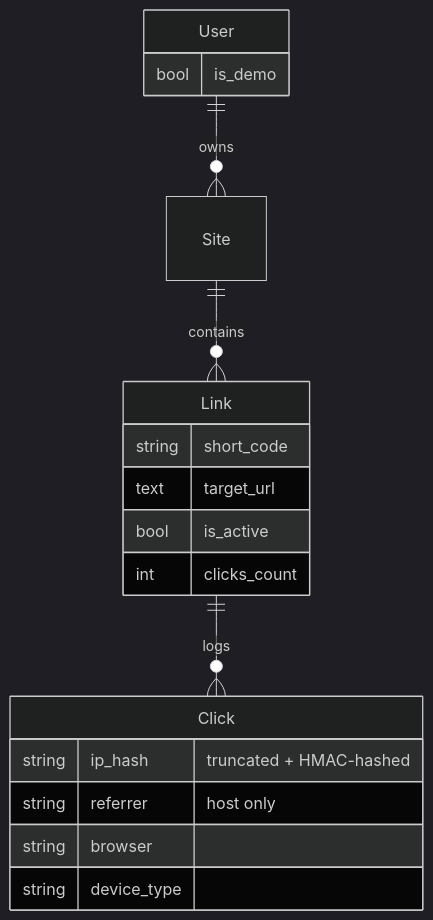
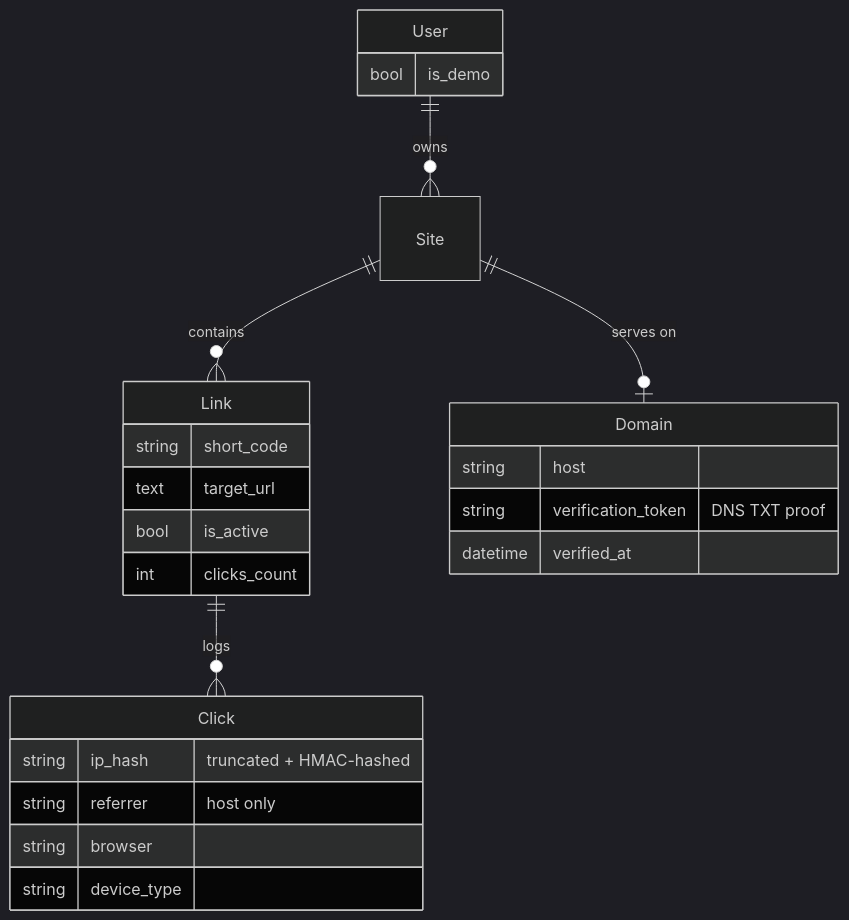
One commit to Aberfort/goto-admin-panel changed the first of 2 diagrams in README.md. Above: the diagram before and after it, drawn with Mermaid (dark theme). The commit also changed other lines of this file and 23 other files, not shown here.

First line of the commit message:
Add custom domains with DNS TXT verification

````diff
--- a/README.md
+++ b/README.md
@@ -26,22 +27,28 @@
 ```mermaid
 erDiagram
     User ||--o{ Site : owns
     Site ||--o{ Link : contains
+    Site ||--o| Domain : "serves on"
     Link ||--o{ Click : logs
 
     User {
         bool is_demo
+    }
+    Domain {
+        string host
+        string verification_token "DNS TXT proof"
+        datetime verified_at
     }
     Link {
         string short_code
         text target_url
         bool is_active
         int clicks_count
     }
     Click {
         string ip_hash "truncated + HMAC-hashed"
         string referrer "host only"
         string browser
         string device_type
     }
 ```
````
